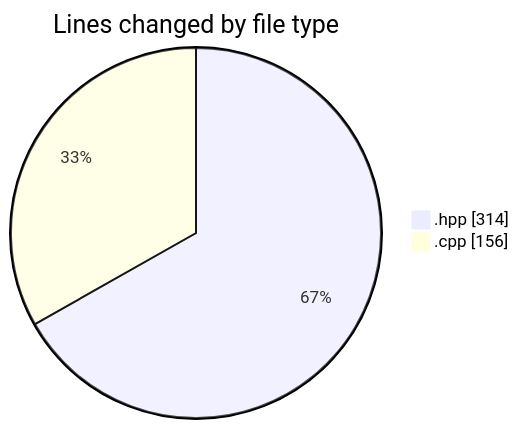
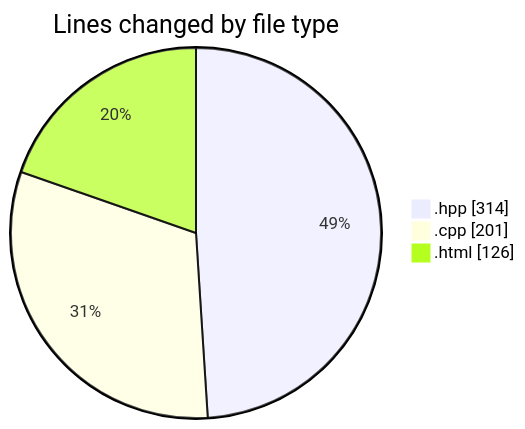
The first of 2 diagrams in 2025-04-22/echo/README.md (Netris89/code-tracking), drawn with Mermaid before and after one commit. The commit also changed other lines of this file and 1 other file, not shown here.

````diff
--- a/2025-04-22/echo/README.md
+++ b/2025-04-22/echo/README.md
@@ -22,6 +24,7 @@
 ```mermaid
 pie showData
 title Lines changed by file type
 ".hpp" : 314
-".cpp" : 156
+".cpp" : 201
+".html" : 126
 ```
````
